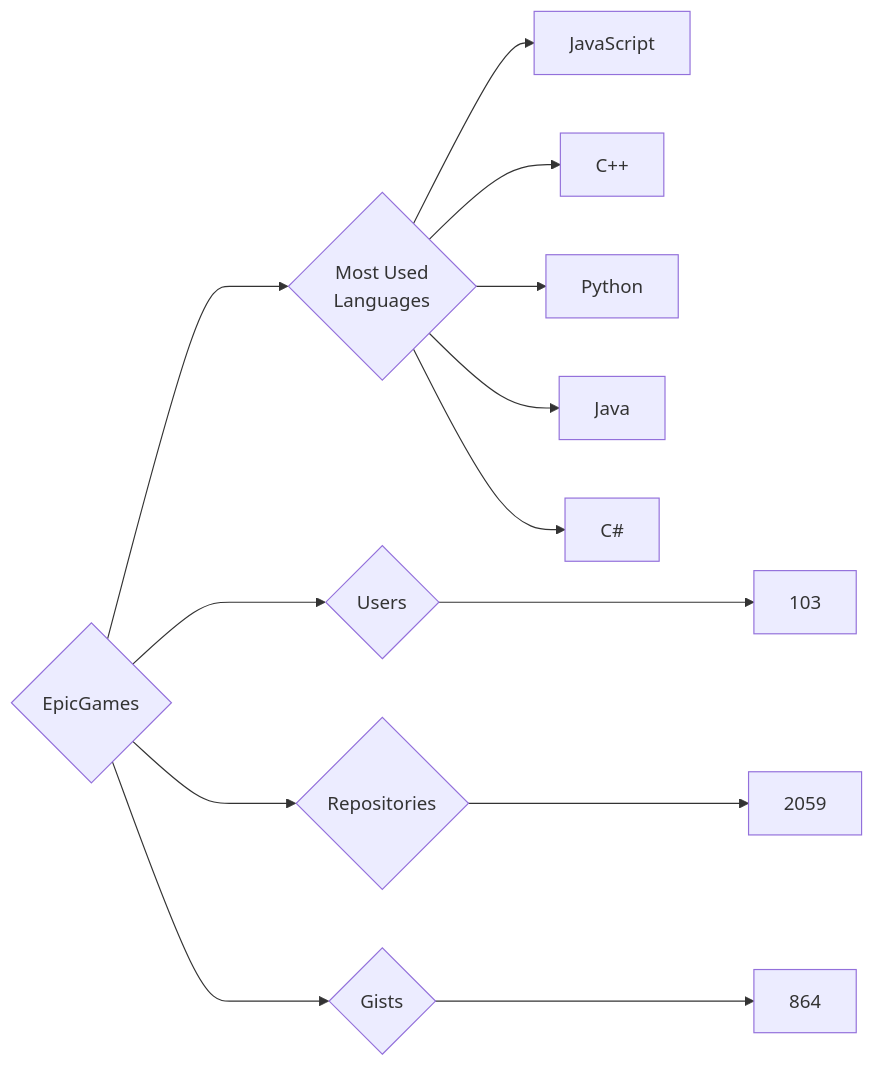
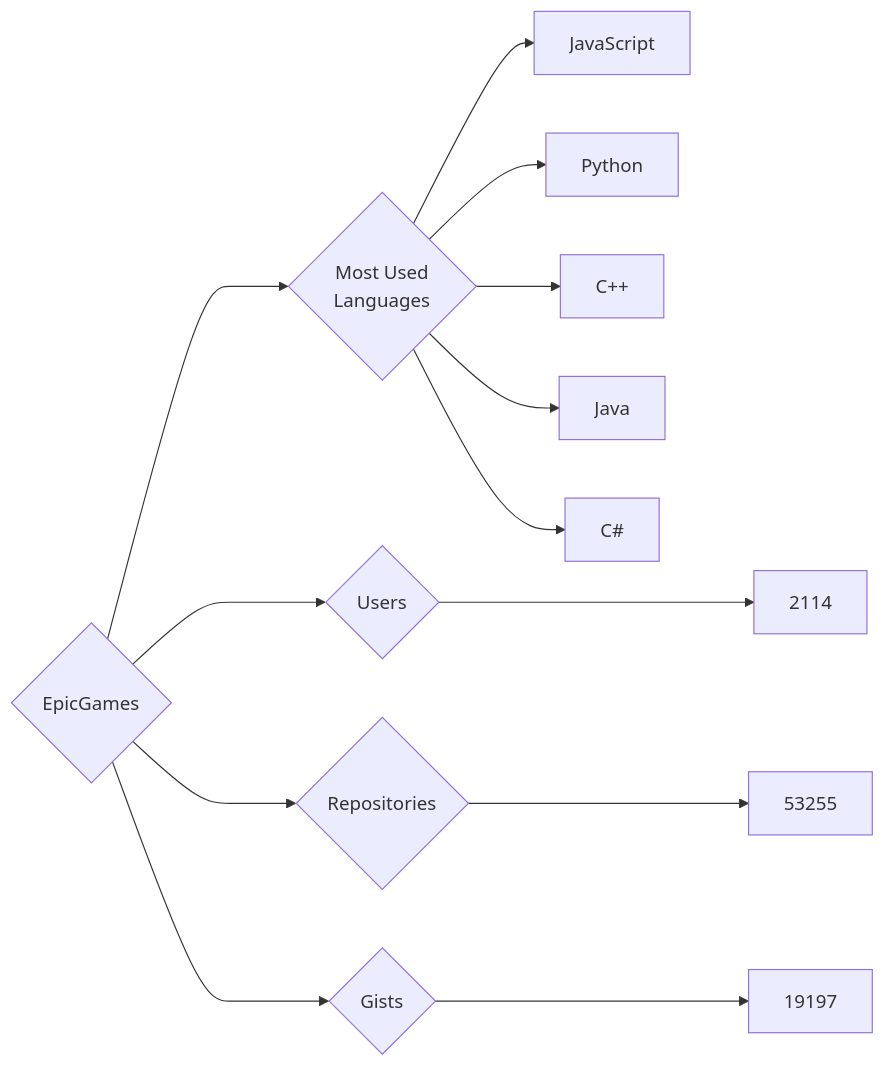
Before and after one commit to trickest/insiders: the diagram in targets/EpicGames/README.md, drawn with Mermaid. The commit also changed 644 other files, not shown here.

````diff
--- a/targets/EpicGames/README.md
+++ b/targets/EpicGames/README.md
@@ -3,13 +3,13 @@
 ```mermaid
 graph LR
 COMPANY_NAME{EpicGames}
-COMPANY_NAME ---> U{Users} ---> UN[103]
-COMPANY_NAME ---> R{Repositories} ---> RN[2059]
-COMPANY_NAME ---> G{Gists} ---> GN[864]
+COMPANY_NAME ---> U{Users} ---> UN[2114]
+COMPANY_NAME ---> R{Repositories} ---> RN[53255]
+COMPANY_NAME ---> G{Gists} ---> GN[19197]
 COMPANY_NAME ---> ML{Most Used<br>Languages}
 ML --> JavaScript[JavaScript]
+ML --> Python[Python]
 ML --> C++[C++]
-ML --> Python[Python]
 ML --> Java[Java]
 ML --> C#[C#]
 ```
````
